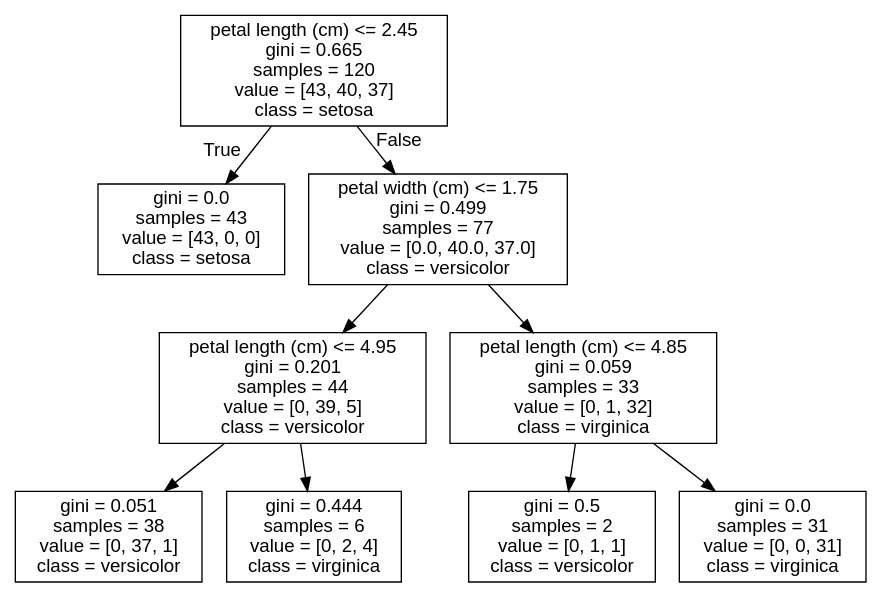
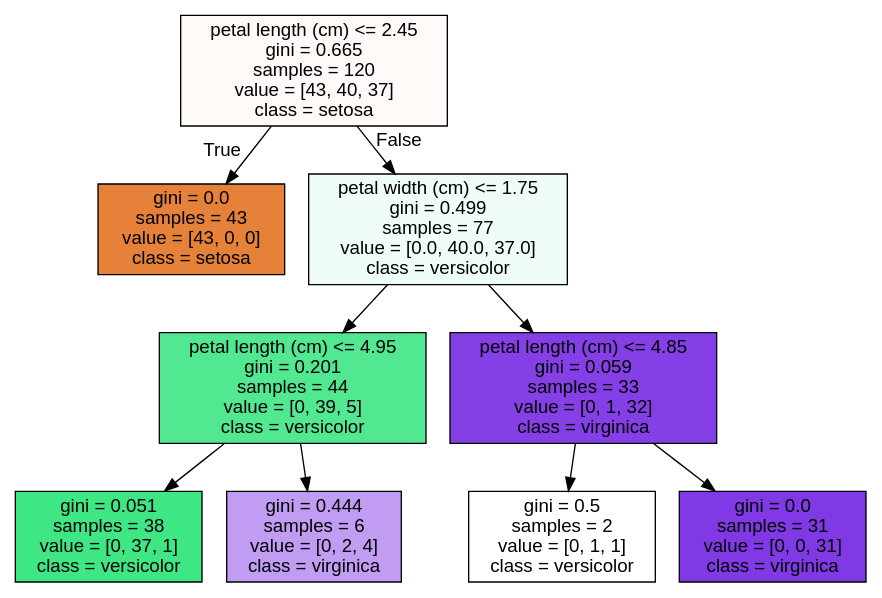
The diagram in 2024/ML/output_3.dot (kimsierra/vscode), drawn with Graphviz before and after one commit. The commit also changed 6 other files, not shown here.

```diff
--- a/2024/ML/output_3.dot
+++ b/2024/ML/output_3.dot
@@ -1,21 +1,21 @@
 digraph Tree {
-node [shape=box, fontname="helvetica"] ;
+node [shape=box, style="filled", color="black", fontname="helvetica"] ;
 edge [fontname="helvetica"] ;
-0 [label="petal length (cm) <= 2.45\ngini = 0.665\nsamples = 120\nvalue = [43, 40, 37]\nclass = setosa"] ;
-1 [label="gini = 0.0\nsamples = 43\nvalue = [43, 0, 0]\nclass = setosa"] ;
+0 [label="petal length (cm) <= 2.45\ngini = 0.665\nsamples = 120\nvalue = [43, 40, 37]\nclass = setosa", fillcolor="#fefaf8"] ;
+1 [label="gini = 0.0\nsamples = 43\nvalue = [43, 0, 0]\nclass = setosa", fillcolor="#e58139"] ;
 0 -> 1 [labeldistance=2.5, labelangle=45, headlabel="True"] ;
-2 [label="petal width (cm) <= 1.75\ngini = 0.499\nsamples = 77\nvalue = [0.0, 40.0, 37.0]\nclass = versicolor"] ;
+2 [label="petal width (cm) <= 1.75\ngini = 0.499\nsamples = 77\nvalue = [0.0, 40.0, 37.0]\nclass = versicolor", fillcolor="#f0fdf6"] ;
 0 -> 2 [labeldistance=2.5, labelangle=-45, headlabel="False"] ;
-3 [label="petal length (cm) <= 4.95\ngini = 0.201\nsamples = 44\nvalue = [0, 39, 5]\nclass = versicolor"] ;
+3 [label="petal length (cm) <= 4.95\ngini = 0.201\nsamples = 44\nvalue = [0, 39, 5]\nclass = versicolor", fillcolor="#52e891"] ;
 2 -> 3 ;
-4 [label="gini = 0.051\nsamples = 38\nvalue = [0, 37, 1]\nclass = versicolor"] ;
+4 [label="gini = 0.051\nsamples = 38\nvalue = [0, 37, 1]\nclass = versicolor", fillcolor="#3ee684"] ;
 3 -> 4 ;
-5 [label="gini = 0.444\nsamples = 6\nvalue = [0, 2, 4]\nclass = virginica"] ;
+5 [label="gini = 0.444\nsamples = 6\nvalue = [0, 2, 4]\nclass = virginica", fillcolor="#c09cf2"] ;
 3 -> 5 ;
-6 [label="petal length (cm) <= 4.85\ngini = 0.059\nsamples = 33\nvalue = [0, 1, 32]\nclass = virginica"] ;
+6 [label="petal length (cm) <= 4.85\ngini = 0.059\nsamples = 33\nvalue = [0, 1, 32]\nclass = virginica", fillcolor="#853fe6"] ;
 2 -> 6 ;
-7 [label="gini = 0.5\nsamples = 2\nvalue = [0, 1, 1]\nclass = versicolor"] ;
+7 [label="gini = 0.5\nsamples = 2\nvalue = [0, 1, 1]\nclass = versicolor", fillcolor="#ffffff"] ;
 6 -> 7 ;
-8 [label="gini = 0.0\nsamples = 31\nvalue = [0, 0, 31]\nclass = virginica"] ;
+8 [label="gini = 0.0\nsamples = 31\nvalue = [0, 0, 31]\nclass = virginica", fillcolor="#8139e5"] ;
 6 -> 8 ;
 }
```
